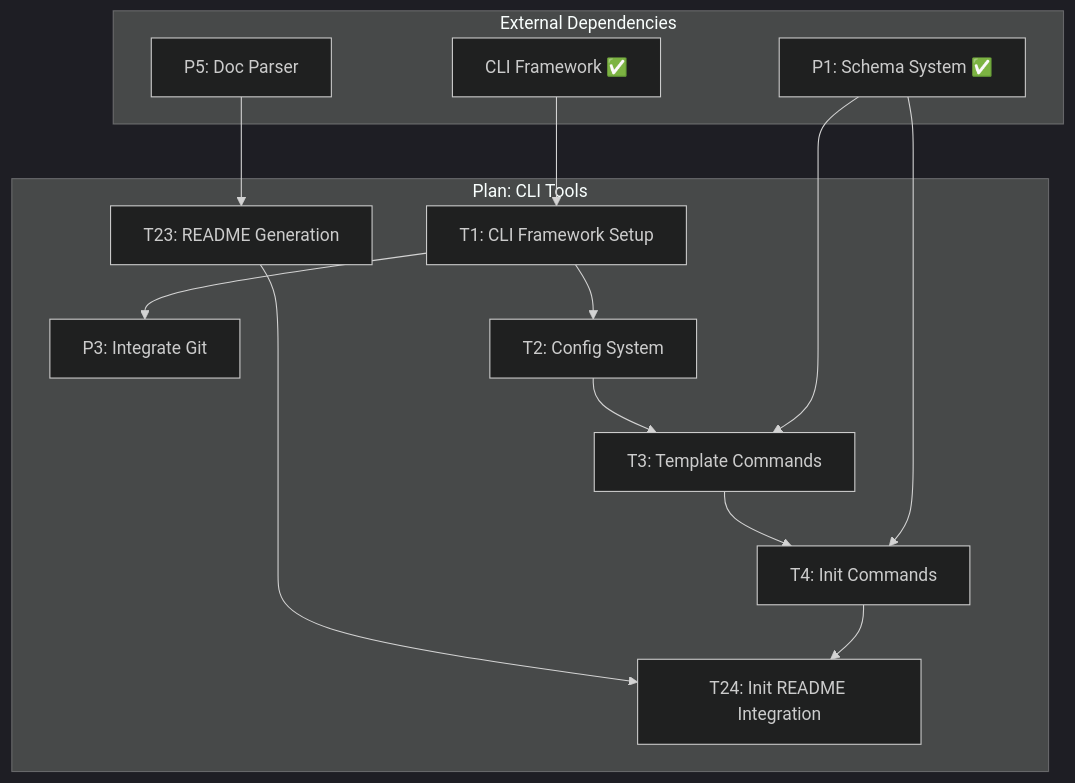
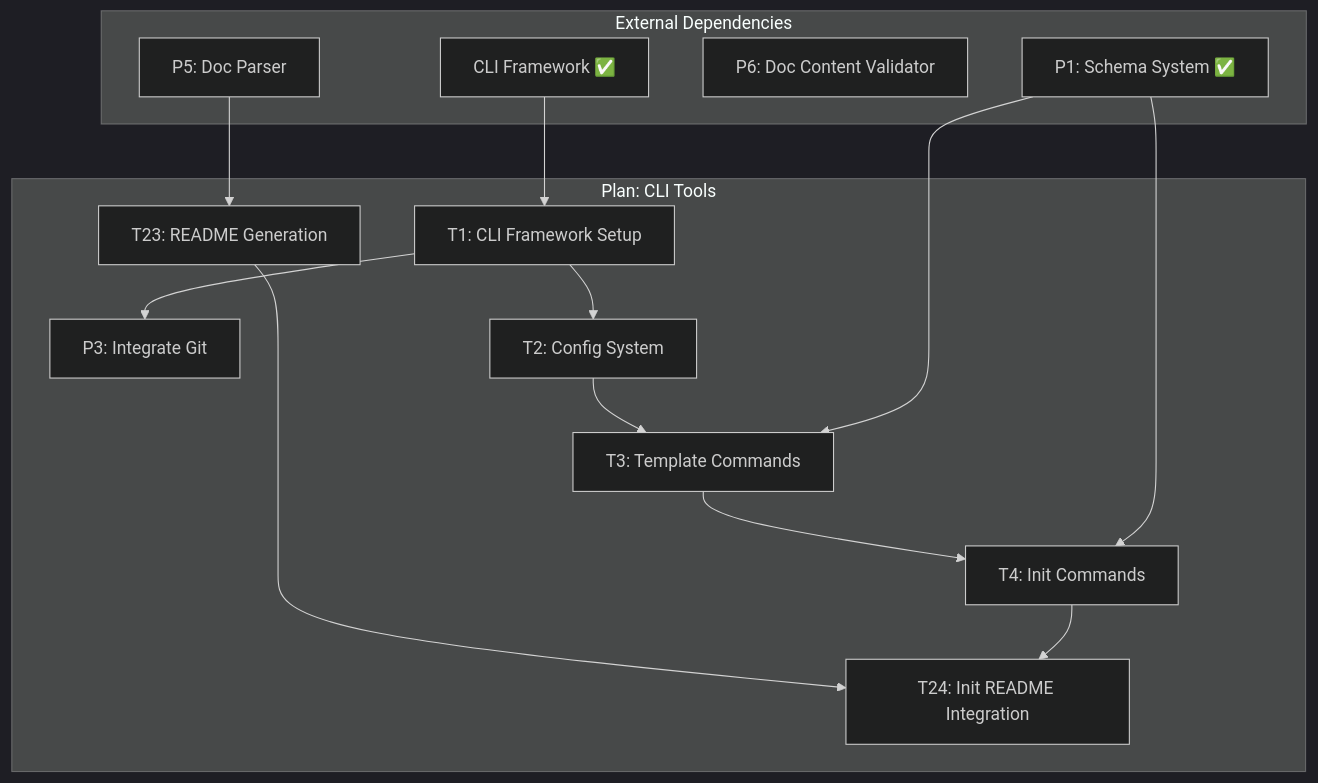
One commit to livelifelively/documentation-driven-development-tools changed the fifth of 10 diagrams in docs/requirements/p1.p2-cli-tools.plan.md. Above: the diagram before and after it, drawn with Mermaid (dark theme). The commit also changed other lines of this file and 8 other files, not shown here.

````diff
--- a/docs/requirements/p1.p2-cli-tools.plan.md
+++ b/docs/requirements/p1.p2-cli-tools.plan.md
@@ -239,32 +240,33 @@
 ```mermaid
 graph TD
     subgraph "Plan: CLI Tools"
         P3["P3: Integrate Git"]
         T1["T1: CLI Framework Setup"]
         T2["T2: Config System"]
         T3["T3: Template Commands"]
         T4["T4: Init Commands"]
         T23["T23: README Generation"]
         T24["T24: Init README Integration"]
     end
 
     subgraph "External Dependencies"
         P1["P1: Schema System ✅"]
         P5["P5: Doc Parser"]
+        P6["P6: Doc Content Validator"]
         CLI_LIB["CLI Framework ✅"]
     end
 
     P1 --> T3
     P1 --> T4
 
     T1 --> P3
     T1 --> T2
     T2 --> T3
     T3 --> T4
 
     CLI_LIB --> T1
 
     P5 --> T23
     T4 --> T24
     T23 --> T24
 ```
````
